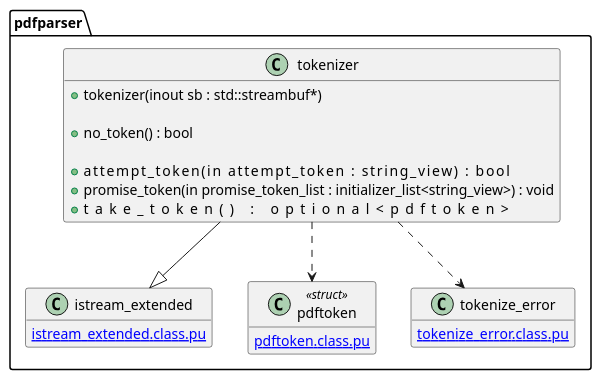
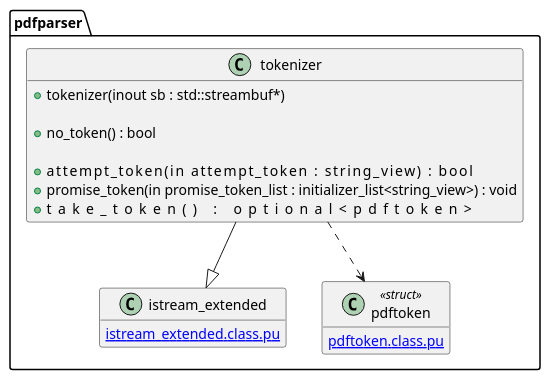
Before and after one commit to KodaiYM/PDFReader: the diagram in document/document_reader/ipdfstream/object_stream/tokenizer/tokenizer.class.pu, drawn with PlantUML. The commit also changed 23 other files, not shown here.

```diff
--- a/document/document_reader/ipdfstream/object_stream/tokenizer/tokenizer.class.pu
+++ b/document/document_reader/ipdfstream/object_stream/tokenizer/tokenizer.class.pu
@@ -1,27 +1,23 @@
 @startuml tokenizer
 hide empty members
 namespace pdfparser {
 class tokenizer {
 	+tokenizer(inout sb : std::streambuf*)
 
 	+no_token() : bool
 
 	+attempt_token(in attempt_token : string_view)                        : bool
 	+promise_token(in promise_token_list : initializer_list<string_view>) : void
 	+take_token()                                                         : optional<pdftoken>
 }
 tokenizer --|> istream_extended
 tokenizer ..> pdftoken
-tokenizer ..> tokenize_error
 
 class istream_extended {
 	[[istream_extended.class.pu]]
 }
 class pdftoken <<struct>> {
 	[[pdftoken.class.pu]]
 }
-class tokenize_error {
-	[[tokenize_error.class.pu]]
-}
 }
 @enduml
```
